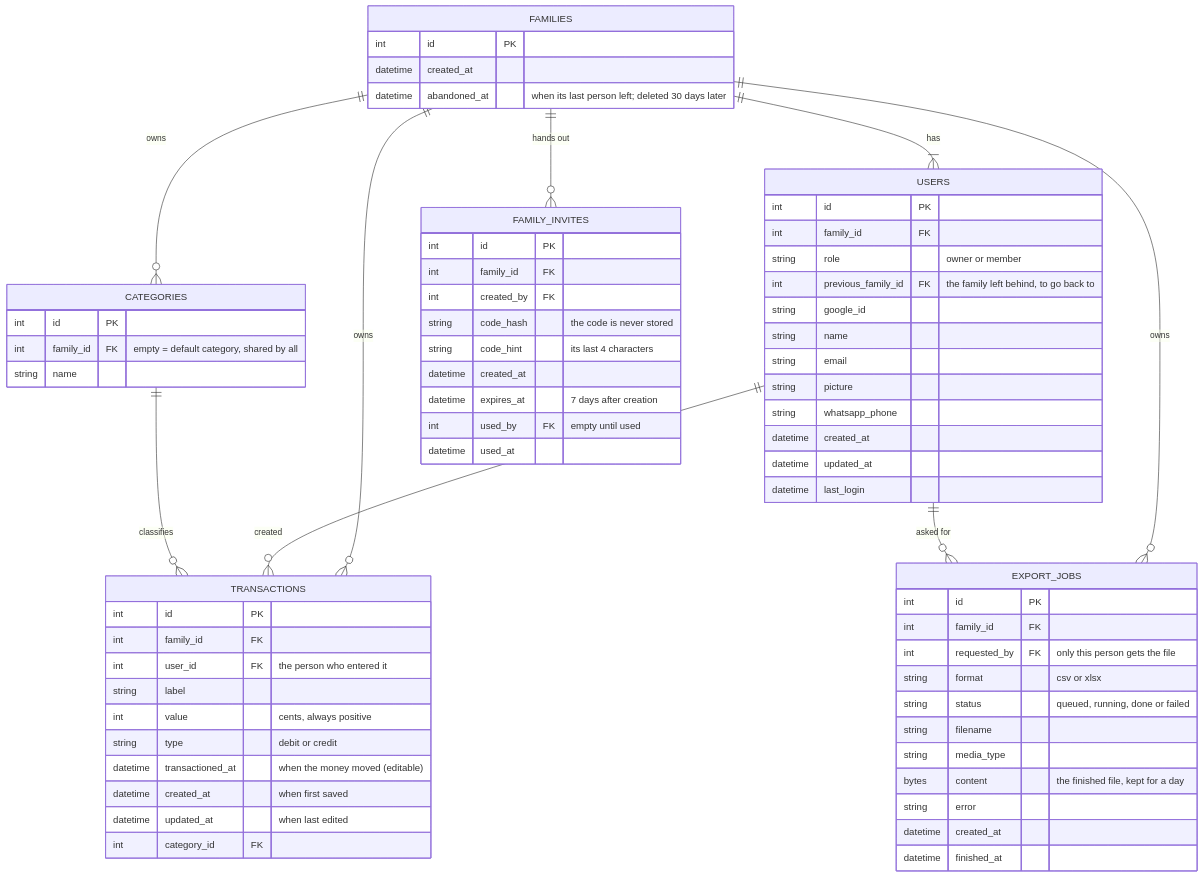
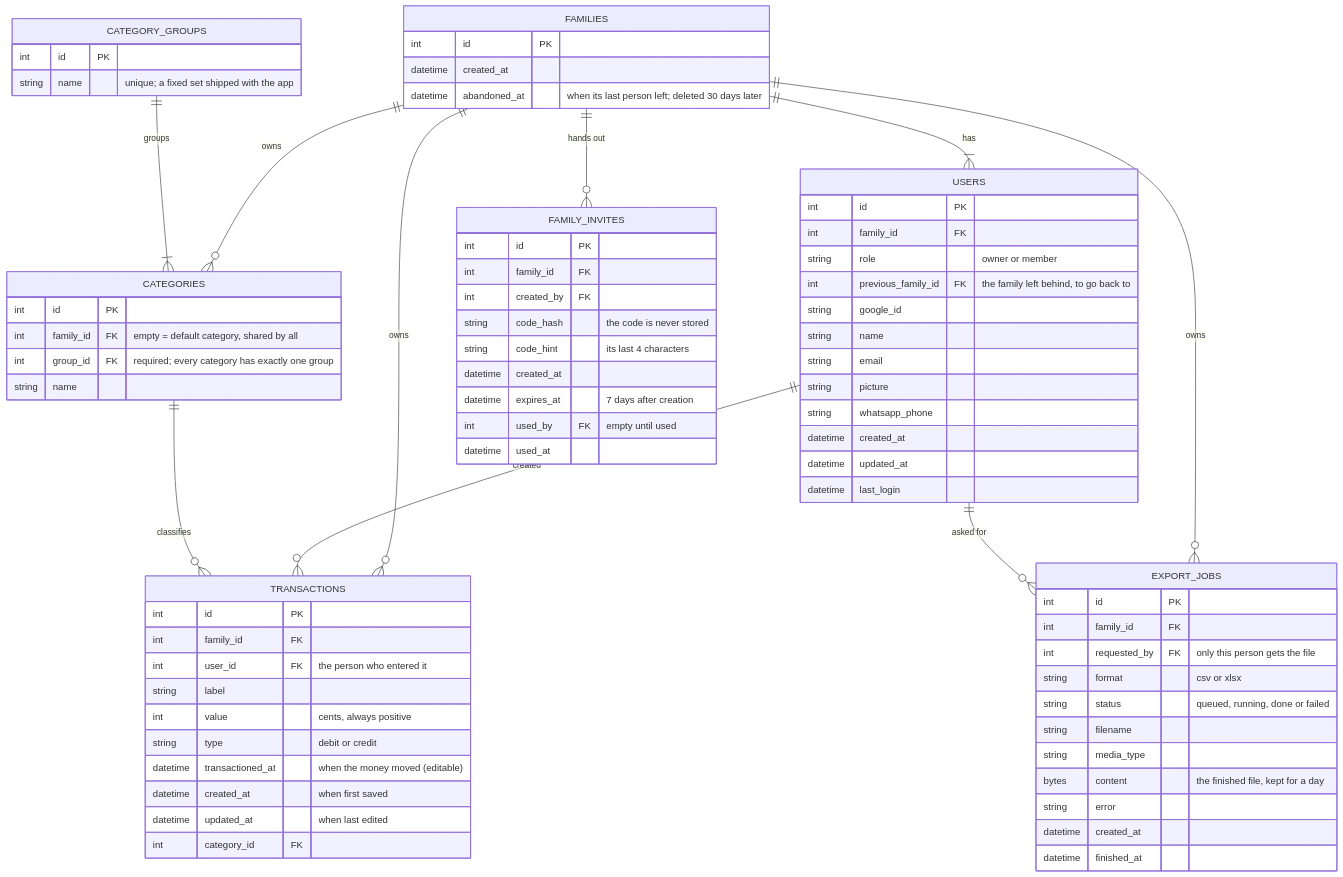
The second of 4 diagrams in docs/SYSTEM_DESIGN.md (lucabattesini/money-budget), drawn with Mermaid before and after one commit. The commit also changed other lines of this file and 1 other file, not shown here.

Commit message:
MB-0017 docs: describe category groups in the system design and test setup

````diff
--- a/docs/SYSTEM_DESIGN.md
+++ b/docs/SYSTEM_DESIGN.md
@@ -195,74 +195,80 @@
 ```mermaid
 erDiagram
     FAMILIES {
         int id PK
         datetime created_at
         datetime abandoned_at "when its last person left; deleted 30 days later"
     }
     USERS {
         int id PK
         int family_id FK
         string role "owner or member"
         int previous_family_id FK "the family left behind, to go back to"
         string google_id
         string name
         string email
         string picture
         string whatsapp_phone
         datetime created_at
         datetime updated_at
         datetime last_login
     }
+    CATEGORY_GROUPS {
+        int id PK
+        string name "unique; a fixed set shipped with the app"
+    }
     CATEGORIES {
         int id PK
         int family_id FK "empty = default category, shared by all"
+        int group_id FK "required; every category has exactly one group"
         string name
     }
     TRANSACTIONS {
         int id PK
         int family_id FK
         int user_id FK "the person who entered it"
         string label
         int value "cents, always positive"
         string type "debit or credit"
         datetime transactioned_at "when the money moved (editable)"
         datetime created_at "when first saved"
         datetime updated_at "when last edited"
         int category_id FK
     }
 
     FAMILY_INVITES {
         int id PK
         int family_id FK
         int created_by FK
         string code_hash "the code is never stored"
         string code_hint "its last 4 characters"
         datetime created_at
         datetime expires_at "7 days after creation"
         int used_by FK "empty until used"
         datetime used_at
     }
 
     EXPORT_JOBS {
         int id PK
         int family_id FK
         int requested_by FK "only this person gets the file"
         string format "csv or xlsx"
         string status "queued, running, done or failed"
         string filename
         string media_type
         bytes content "the finished file, kept for a day"
         string error
         datetime created_at
         datetime finished_at
     }
 
     FAMILIES ||--|{ USERS : "has"
     FAMILIES ||--o{ TRANSACTIONS : "owns"
     FAMILIES ||--o{ CATEGORIES : "owns"
     FAMILIES ||--o{ EXPORT_JOBS : "owns"
     FAMILIES ||--o{ FAMILY_INVITES : "hands out"
     USERS ||--o{ TRANSACTIONS : "created"
     USERS ||--o{ EXPORT_JOBS : "asked for"
+    CATEGORY_GROUPS ||--|{ CATEGORIES : "groups"
     CATEGORIES ||--o{ TRANSACTIONS : "classifies"
 ```
````
